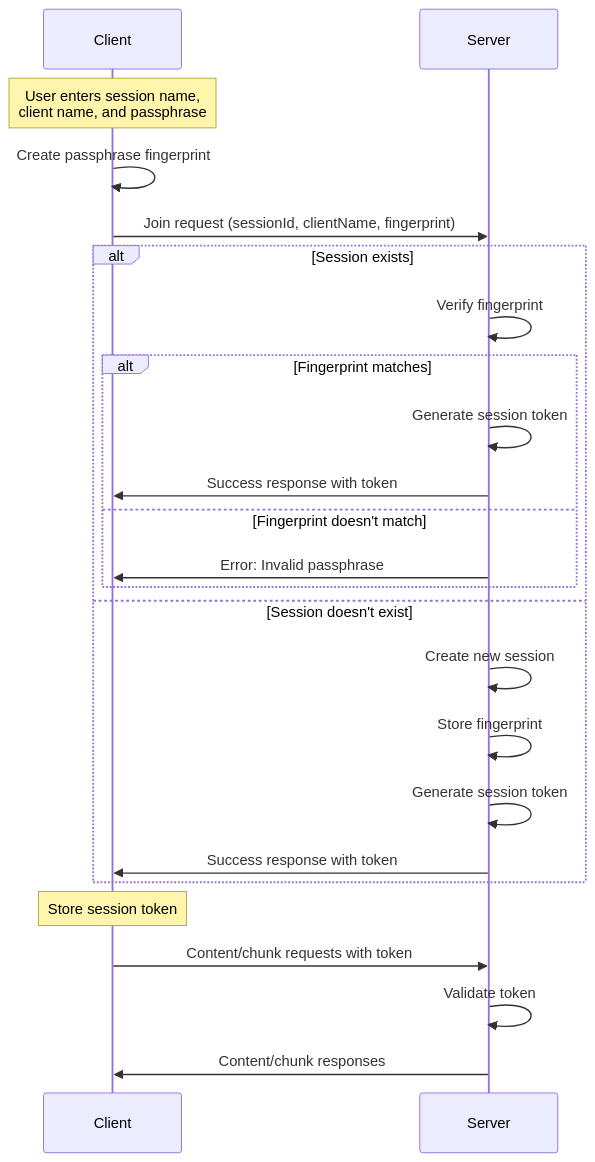
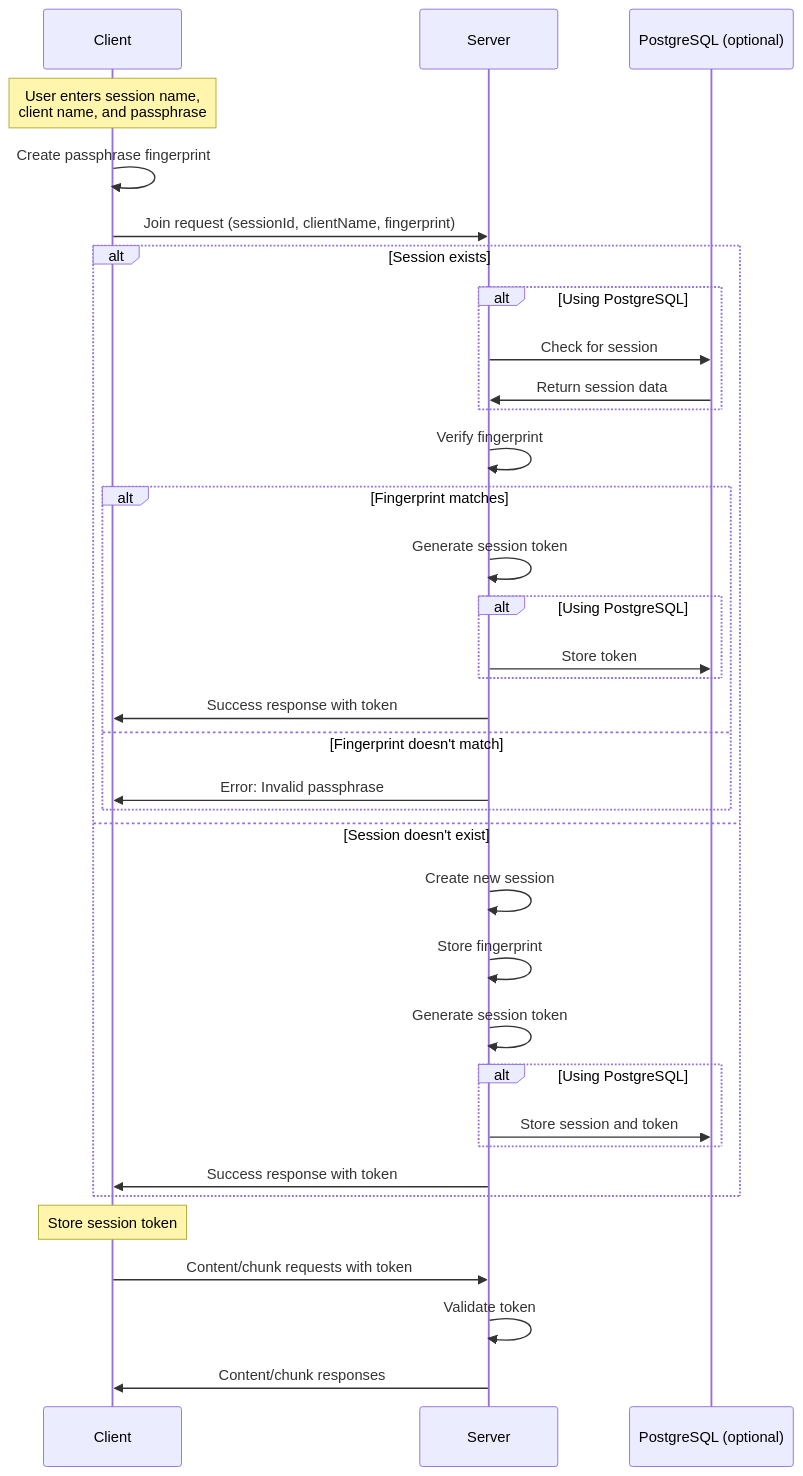
Before and after one commit to jsbattig/share-things: the diagram in memory-bank/technical/session-management.md, drawn with Mermaid. The commit also changed other lines of this file and 21 other files, not shown here.

Commit message:
Add PostgreSQL session management and modular setup scripts

````diff
--- a/memory-bank/technical/session-management.md
+++ b/memory-bank/technical/session-management.md
@@ -9,33 +13,44 @@
 ```mermaid
 sequenceDiagram
     participant Client
     participant Server
+    participant DB as PostgreSQL (optional)
     
     Note over Client: User enters session name,<br/>client name, and passphrase
     
     Client->>Client: Create passphrase fingerprint
     
     Client->>Server: Join request (sessionId, clientName, fingerprint)
     
     alt Session exists
+        alt Using PostgreSQL
+            Server->>DB: Check for session
+            DB->>Server: Return session data
+        end
         Server->>Server: Verify fingerprint
         
         alt Fingerprint matches
             Server->>Server: Generate session token
+            alt Using PostgreSQL
+                Server->>DB: Store token
+            end
             Server->>Client: Success response with token
         else Fingerprint doesn't match
             Server->>Client: Error: Invalid passphrase
         end
     else Session doesn't exist
         Server->>Server: Create new session
         Server->>Server: Store fingerprint
         Server->>Server: Generate session token
+        alt Using PostgreSQL
+            Server->>DB: Store session and token
+        end
         Server->>Client: Success response with token
     end
     
     Note over Client: Store session token
     
     Client->>Server: Content/chunk requests with token
     Server->>Server: Validate token
     Server->>Client: Content/chunk responses
 ```
````
